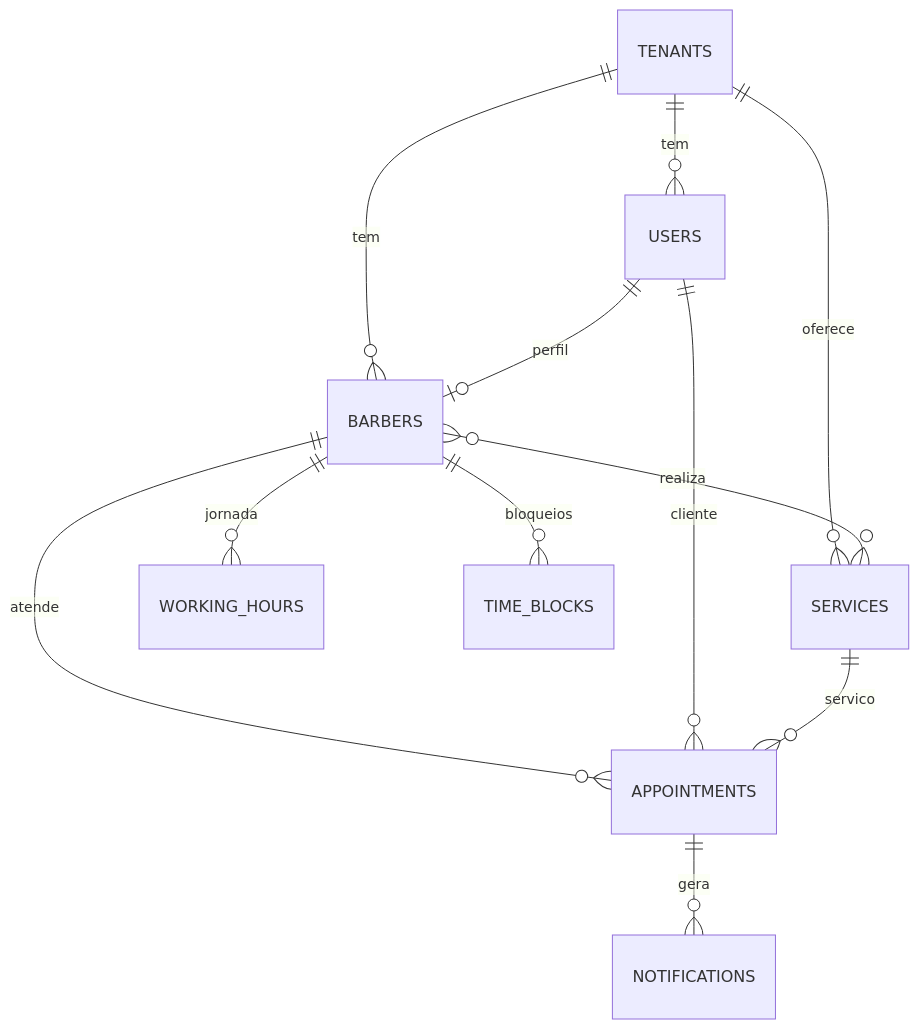
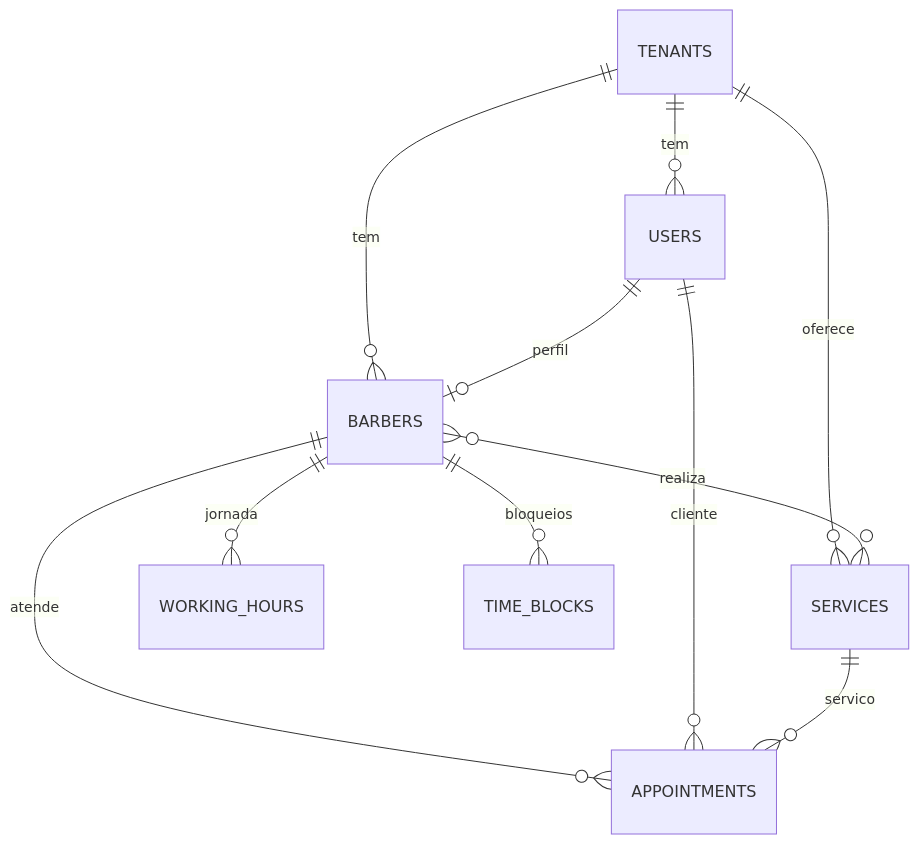
One commit to JoaoVitorXdz/barberflow changed the second of 2 diagrams in README.md. Above: the diagram before and after it, drawn with Mermaid. The commit also changed other lines of this file and 10 other files, not shown here.

````diff
--- a/README.md
+++ b/README.md
@@ -72,14 +73,13 @@
 ```mermaid
 erDiagram
     TENANTS ||--o{ USERS : tem
     TENANTS ||--o{ BARBERS : tem
     TENANTS ||--o{ SERVICES : oferece
     USERS ||--o| BARBERS : perfil
     BARBERS ||--o{ WORKING_HOURS : jornada
     BARBERS ||--o{ TIME_BLOCKS : bloqueios
     BARBERS }o--o{ SERVICES : realiza
     BARBERS ||--o{ APPOINTMENTS : atende
     USERS ||--o{ APPOINTMENTS : cliente
     SERVICES ||--o{ APPOINTMENTS : servico
-    APPOINTMENTS ||--o{ NOTIFICATIONS : gera
 ```
````
